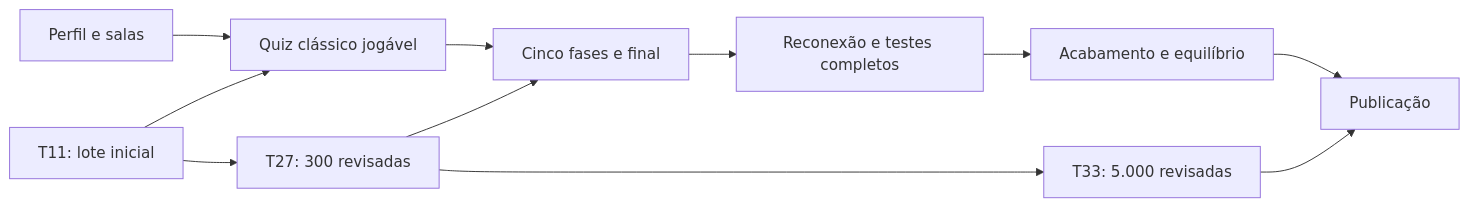
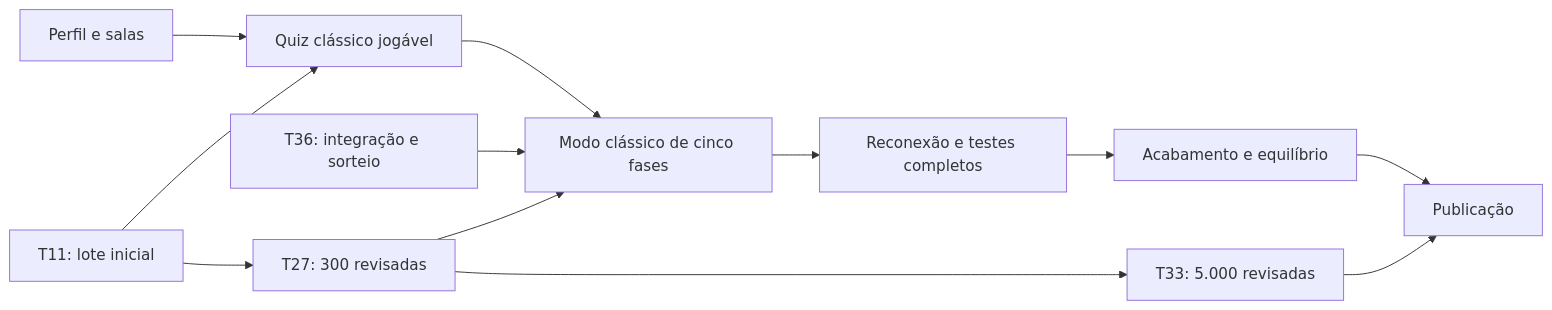
The diagram in docs/tasks/README.md (ninguemdev/PENSHOW), drawn with Mermaid before and after one commit. The commit also changed other lines of this file and 8 other files, not shown here.

Commit message:
docs(planejamento): adicione T36 para modo classico padrao de cinco fases

````diff
--- a/docs/tasks/README.md
+++ b/docs/tasks/README.md
@@ -64,13 +67,14 @@
 ```mermaid
 flowchart LR
   M1[Perfil e salas] --> M2[Quiz clássico jogável]
-  M2 --> M3[Cinco fases e final]
+  M2 --> M3[Modo clássico de cinco fases]
+  T36[T36: integração e sorteio] --> M3
   M3 --> M4[Reconexão e testes completos]
   M4 --> M5[Acabamento e equilíbrio]
   M5 --> M6[Publicação]
   C1[T11: lote inicial] --> M2
   C1 --> C2[T27: 300 revisadas]
   C2 --> M3
   C2 --> C3[T33: 5.000 revisadas]
   C3 --> M6
 ```
````
